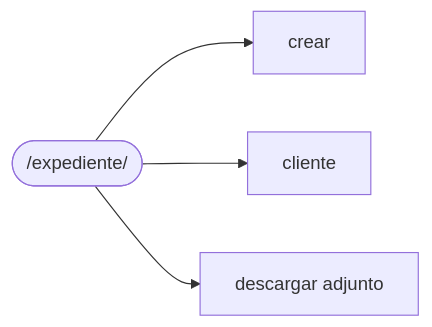
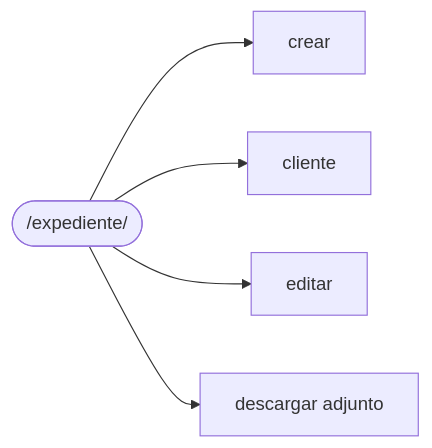
Before and after one commit to Fredd0828/Contanika: diagram 11 of 12 in documentacion/MAPA_NAVEGACION.md, drawn with Mermaid. The commit also changed other lines of this file and 2 other files, not shown here.

````diff
--- a/documentacion/MAPA_NAVEGACION.md
+++ b/documentacion/MAPA_NAVEGACION.md
@@ -321,7 +326,8 @@
 ```mermaid
 flowchart LR
     expediente_lista(["/expediente/"])
     expediente_lista --> expediente_crear["crear"]
     expediente_lista --> expediente_cliente["cliente"]
+    expediente_lista --> expediente_editar["editar"]
     expediente_lista --> expediente_descargar_adjunto["descargar adjunto"]
 ```
````
